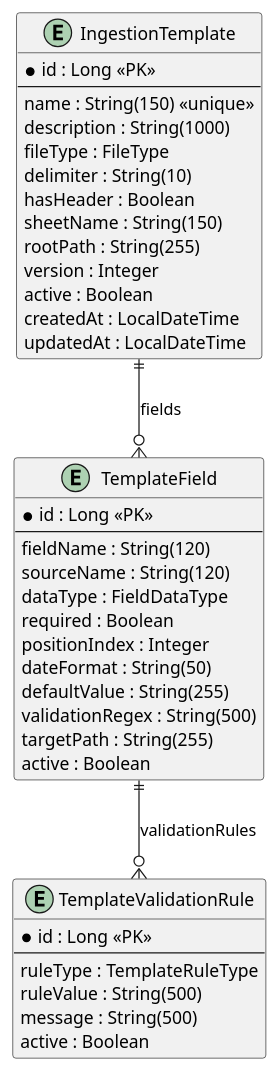
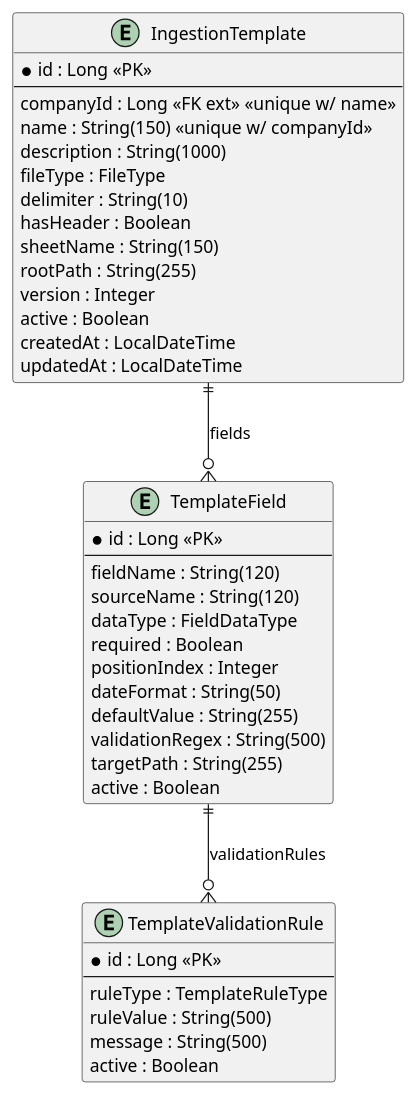
Before and after one commit to paulo-uab/salesPrevision: the diagram in docs/plantuml/01-erd-template-service.puml, drawn with PlantUML. The commit also changed 48 other files, not shown here.

```diff
--- a/docs/plantuml/01-erd-template-service.puml
+++ b/docs/plantuml/01-erd-template-service.puml
@@ -1,44 +1,45 @@
 @startuml template-erd
 entity "IngestionTemplate" as T {
   * id : Long <<PK>>
   --
-  name : String(150) <<unique>>
+  companyId : Long <<FK ext>> <<unique w/ name>>
+  name : String(150) <<unique w/ companyId>>
   description : String(1000)
   fileType : FileType
   delimiter : String(10)
   hasHeader : Boolean
   sheetName : String(150)
   rootPath : String(255)
   version : Integer
   active : Boolean
   createdAt : LocalDateTime
   updatedAt : LocalDateTime
 }
 
 entity "TemplateField" as F {
   * id : Long <<PK>>
   --
   fieldName : String(120)
   sourceName : String(120)
   dataType : FieldDataType
   required : Boolean
   positionIndex : Integer
   dateFormat : String(50)
   defaultValue : String(255)
   validationRegex : String(500)
   targetPath : String(255)
   active : Boolean
 }
 
 entity "TemplateValidationRule" as R {
   * id : Long <<PK>>
   --
   ruleType : TemplateRuleType
   ruleValue : String(500)
   message : String(500)
   active : Boolean
 }
 
 T ||--o{ F : "fields"
 F ||--o{ R : "validationRules"
 @enduml
```
